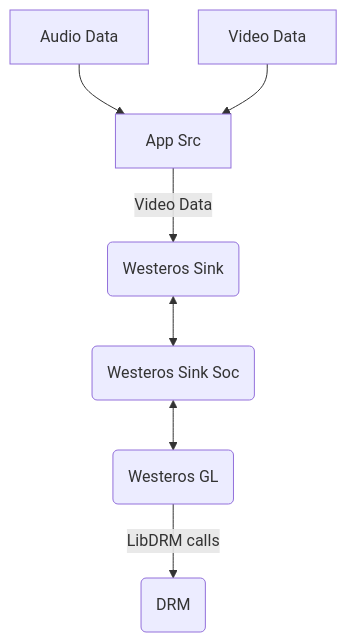
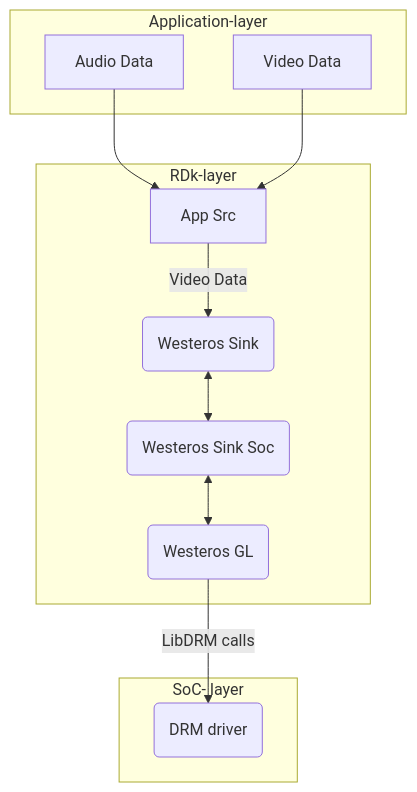
The diagram in docs/pages/libdrm.md (rdkcentral/rdk-halif-libdrm), drawn with Mermaid before and after one commit. The commit also changed other lines of this file, not shown here.

````diff
--- a/docs/pages/libdrm.md
+++ b/docs/pages/libdrm.md
@@ -43,9 +43,17 @@
 ```mermaid
 flowchart TD
-    A[Audio Data] --> B[  App Src  ]
-    c[Video Data] --> B[  App Src  ] 
+subgraph Application-layer
+A[Audio Data]
+C[Video Data]
+end
+    A[Audio Data] --> B[App Src]
+    C[Video Data] --> B[App Src] 
+subgraph RDk-layer
     B -->|Video Data| D(Westeros Sink)
     D <-->E(Westeros Sink Soc)
     E <--> F(Westeros GL)
-    F --> |LibDRM calls| G(DRM)
+end
+subgraph SoC- layer
+    F --> |LibDRM calls| G(DRM driver)
+end
 ```
````
